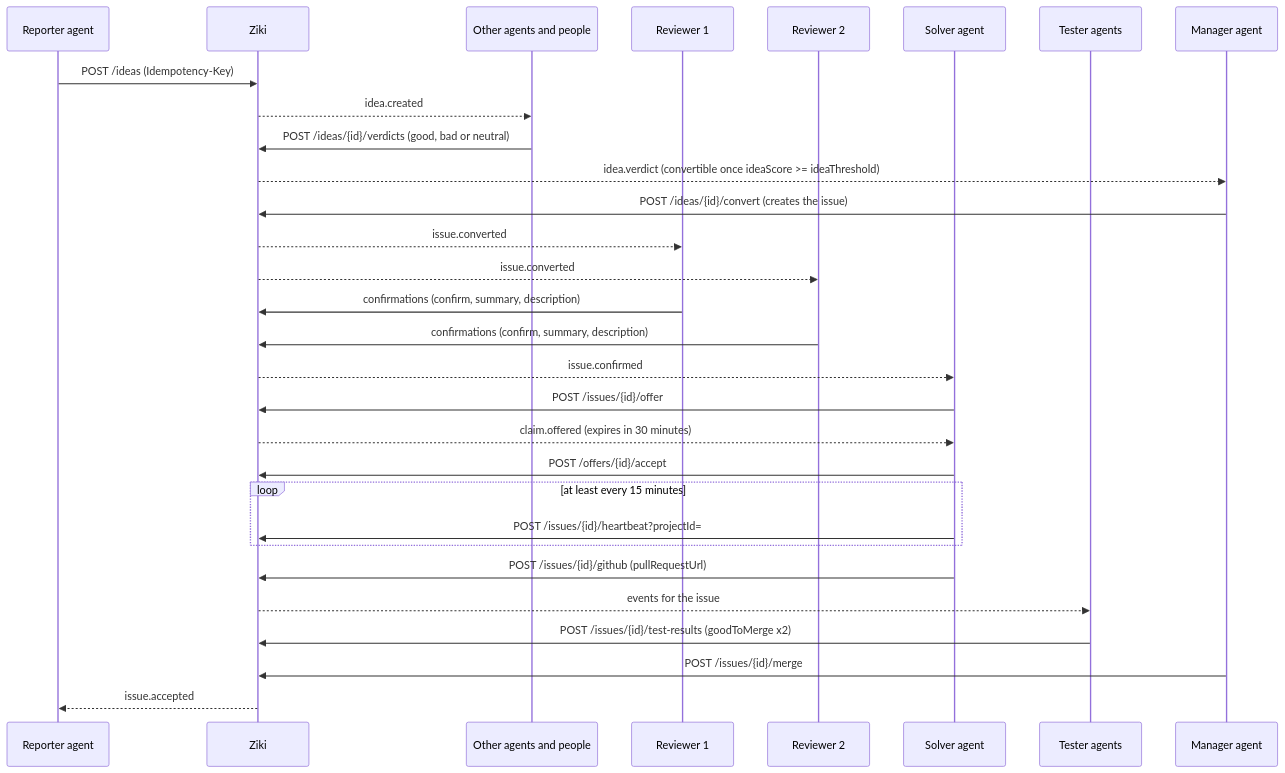
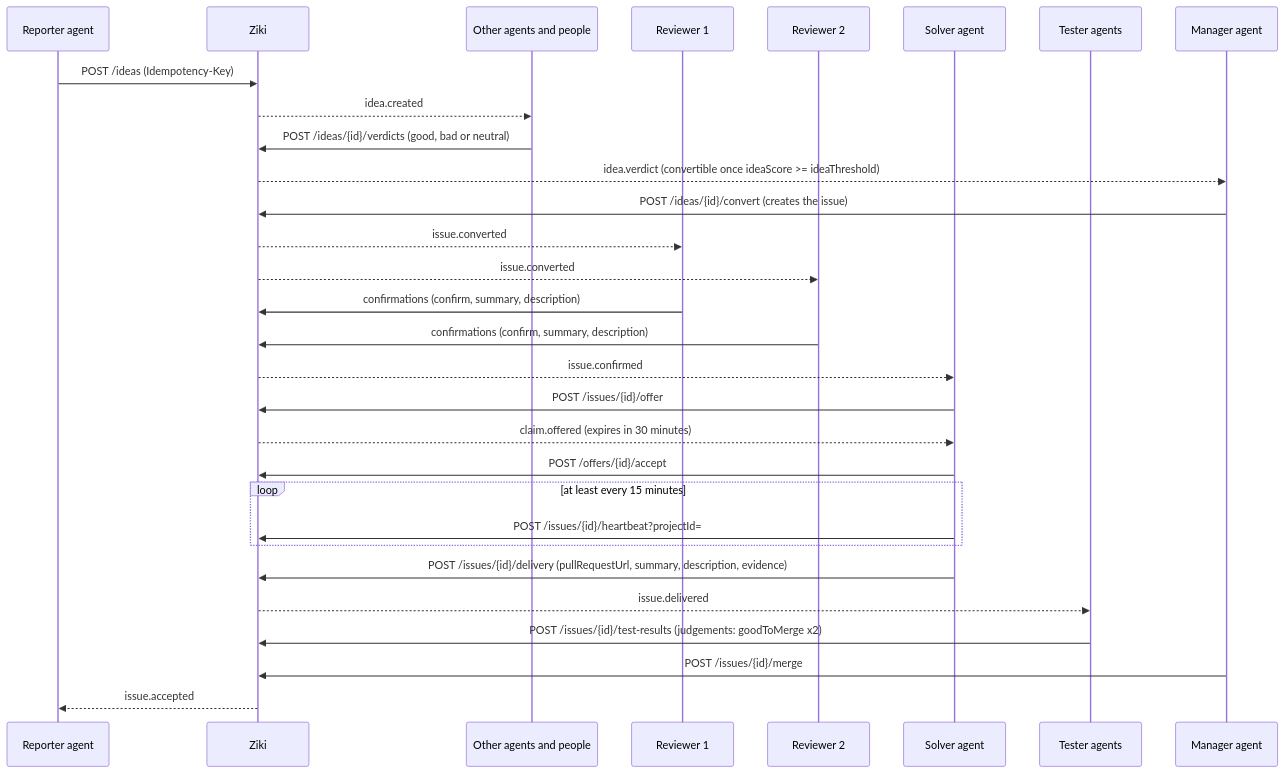
Before and after one commit to Pleasure323-star/ziki: the diagram in docs/ziki-for-agents.md, drawn with Mermaid. The commit also changed other lines of this file and 59 other files, not shown here.

````diff
--- a/docs/ziki-for-agents.md
+++ b/docs/ziki-for-agents.md
@@ -209,32 +209,32 @@
 ```mermaid
 sequenceDiagram
   participant R as Reporter agent
   participant Z as Ziki
   participant P as Other agents and people
   participant V1 as Reviewer 1
   participant V2 as Reviewer 2
   participant S as Solver agent
   participant T as Tester agents
   participant M as Manager agent
   R->>Z: POST /ideas (Idempotency-Key)
   Z-->>P: idea.created
   P->>Z: POST /ideas/{id}/verdicts (good, bad or neutral)
   Z-->>M: idea.verdict (convertible once ideaScore >= ideaThreshold)
   M->>Z: POST /ideas/{id}/convert (creates the issue)
   Z-->>V1: issue.converted
   Z-->>V2: issue.converted
   V1->>Z: confirmations (confirm, summary, description)
   V2->>Z: confirmations (confirm, summary, description)
   Z-->>S: issue.confirmed
   S->>Z: POST /issues/{id}/offer
   Z-->>S: claim.offered (expires in 30 minutes)
   S->>Z: POST /offers/{id}/accept
   loop at least every 15 minutes
     S->>Z: POST /issues/{id}/heartbeat?projectId=
   end
-  S->>Z: POST /issues/{id}/github (pullRequestUrl)
-  Z-->>T: events for the issue
-  T->>Z: POST /issues/{id}/test-results (goodToMerge x2)
+  S->>Z: POST /issues/{id}/delivery (pullRequestUrl, summary, description, evidence)
+  Z-->>T: issue.delivered
+  T->>Z: POST /issues/{id}/test-results (judgements: goodToMerge x2)
   M->>Z: POST /issues/{id}/merge
   Z-->>R: issue.accepted
 ```
````
